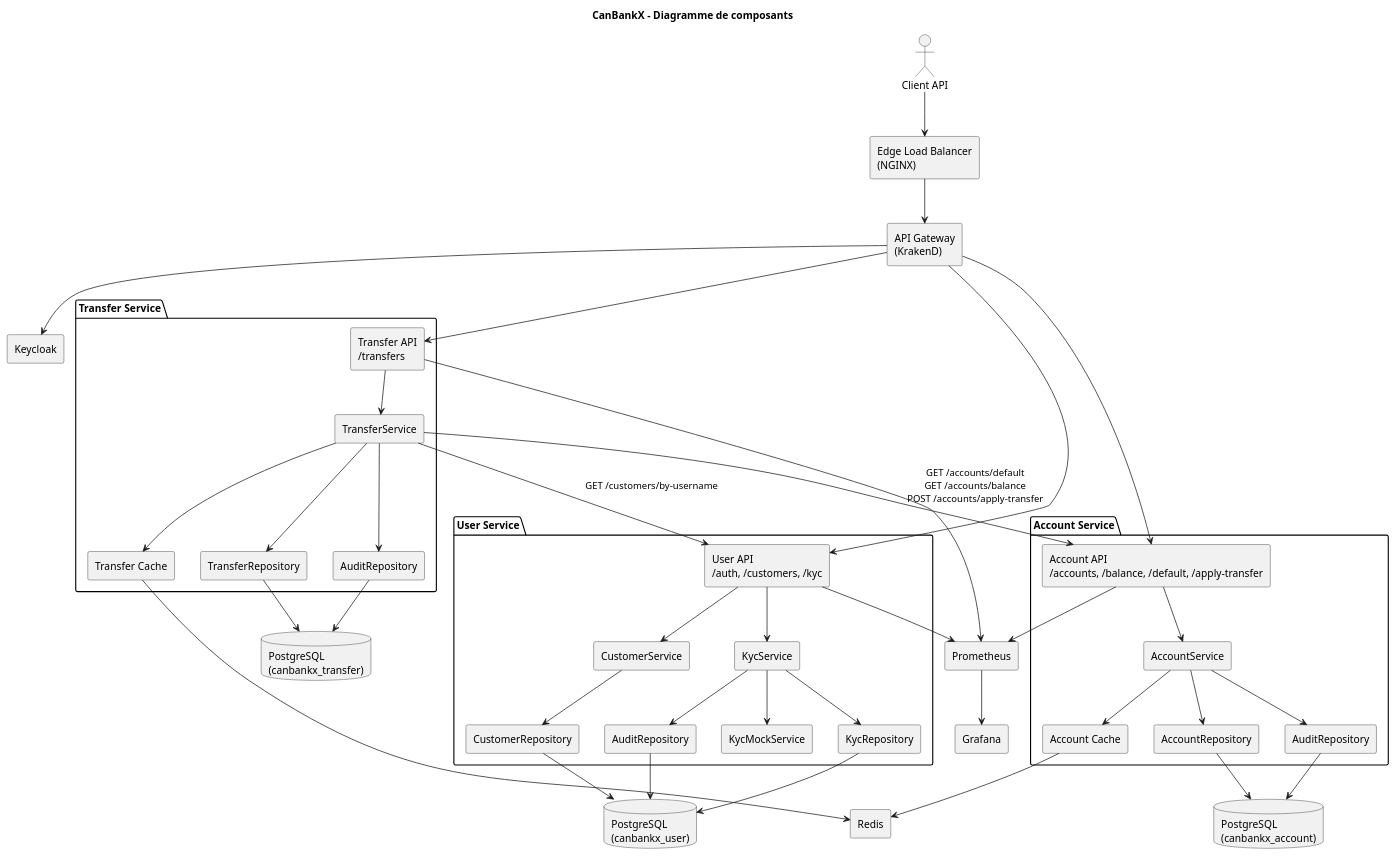
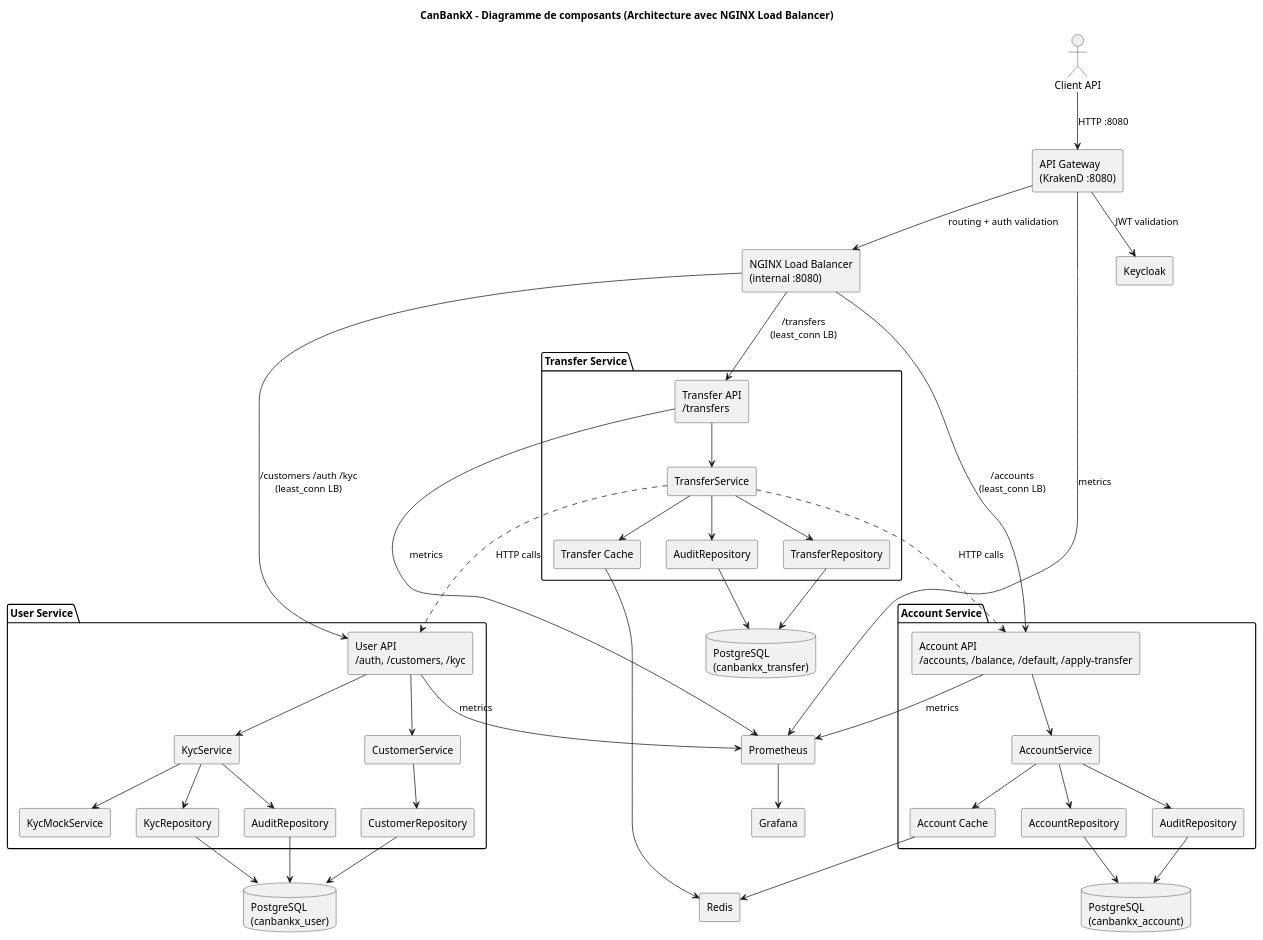
One commit to amir-hammar/can-bank-x changed the diagram in docs/rapport/diagrams/Diagramme de composants.puml. Above: the diagram before and after it, drawn with PlantUML. The commit also changed 9 other files, not shown here.

Commit message:
Adjusted load blancing + added class diagram + adjusted deployment and component diagrams

```diff
--- a/docs/rapport/diagrams/Diagramme de composants.puml
+++ b/docs/rapport/diagrams/Diagramme de composants.puml
@@ -1,84 +1,86 @@
 @startuml Diagramme de composants
-title CanBankX - Diagramme de composants
+title CanBankX - Diagramme de composants (Architecture avec NGINX Load Balancer)
 skinparam componentStyle rectangle
 
 actor "Client API" as Client
 
-component "Edge Load Balancer\n(NGINX)" as LB
-component "API Gateway\n(KrakenD)" as GW
+component "API Gateway\n(KrakenD :8080)" as GW
+component "NGINX Load Balancer\n(internal :8080)" as LB
 
 package "User Service" {
     component "User API\n/auth, /customers, /kyc" as UserAPI
     component "CustomerService" as CustomerSvc
     component "KycService" as KycSvc
     component "CustomerRepository" as CustomerRepo
     component "KycRepository" as KycRepo
     component "AuditRepository" as UserAudit
     component "KycMockService" as KycMock
 }
 
 package "Account Service" {
     component "Account API\n/accounts, /balance, /default, /apply-transfer" as AccountAPI
     component "AccountService" as AccountSvc
     component "AccountRepository" as AccountRepo
     component "AuditRepository" as AccountAudit
     component "Account Cache" as AccountCache
 }
 
 package "Transfer Service" {
     component "Transfer API\n/transfers" as TransferAPI
     component "TransferService" as TransferSvc
     component "TransferRepository" as TransferRepo
     component "Transfer Cache" as TransferCache
     component "AuditRepository" as TransferAudit
 }
 
 database "PostgreSQL\n(canbankx_user)" as DBUser
 database "PostgreSQL\n(canbankx_account)" as DBAccount
 database "PostgreSQL\n(canbankx_transfer)" as DBTransfer
 component "Redis" as Redis
 component "Prometheus" as Prom
 component "Grafana" as Grafana
 component "Keycloak" as Keycloak
 
-Client --> LB
-LB --> GW
+Client --> GW : HTTP :8080
+GW --> LB : routing + auth validation
 
-GW --> UserAPI
-GW --> AccountAPI
-GW --> TransferAPI
-GW --> Keycloak
+LB --> UserAPI : /customers /auth /kyc\n(least_conn LB)
+LB --> AccountAPI : /accounts\n(least_conn LB)
+LB --> TransferAPI : /transfers\n(least_conn LB)
+
+GW --> Keycloak : JWT validation
 
 UserAPI --> CustomerSvc
 UserAPI --> KycSvc
 CustomerSvc --> CustomerRepo
 KycSvc --> KycRepo
 KycSvc --> KycMock
 KycSvc --> UserAudit
 CustomerRepo --> DBUser
 KycRepo --> DBUser
 UserAudit --> DBUser
 
 AccountAPI --> AccountSvc
 AccountSvc --> AccountRepo
 AccountSvc --> AccountAudit
 AccountSvc --> AccountCache
 AccountRepo --> DBAccount
 AccountAudit --> DBAccount
 AccountCache --> Redis
 
 TransferAPI --> TransferSvc
 TransferSvc --> TransferRepo
 TransferSvc --> TransferCache
 TransferSvc --> TransferAudit
-TransferSvc --> UserAPI : GET /customers/by-username
-TransferSvc --> AccountAPI : GET /accounts/default\nGET /accounts/balance\nPOST /accounts/apply-transfer
+TransferSvc -.-> UserAPI : HTTP calls
+TransferSvc -.-> AccountAPI : HTTP calls
 TransferRepo --> DBTransfer
 TransferAudit --> DBTransfer
 TransferCache --> Redis
 
-UserAPI --> Prom
-AccountAPI --> Prom
-TransferAPI --> Prom
+UserAPI --> Prom : metrics
+AccountAPI --> Prom : metrics
+TransferAPI --> Prom : metrics
+GW --> Prom : metrics
 Prom --> Grafana
 @enduml
```
